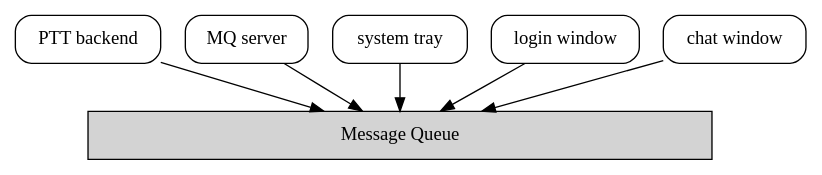
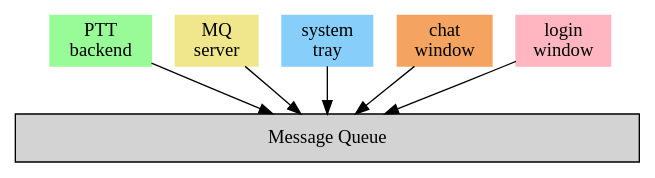
The third of 4 diagrams in docs/developer_guide/index.rst (uPtt-messenger/uPtt), drawn with Graphviz before and after one commit. The commit also changed other lines of this file, not shown here.

```diff
--- a/docs/developer_guide/index.rst
+++ b/docs/developer_guide/index.rst
@@ -116,16 +116,22 @@
 .. graphviz::
     :name: Message queue structure
     :caption: Message queue structure
     :align: center
 
     digraph Architecture {
         node [shape=box, style=rounded];
 
         "Message Queue" [shape=rect, style=filled, width=6.5];
 
-        "PTT backend" -> "Message Queue";
-        "MQ server" -> "Message Queue";
-        "system tray" -> "Message Queue";
-        "login window" -> "Message Queue";
-        "chat window" -> "Message Queue";
+        PTT_backend [label="PTT\nbackend", style=filled, color=palegreen];
+        MQ_server [label="MQ\nserver", style=filled, color=khaki];
+        system_tray [label="system\ntray", style=filled, color=lightskyblue];
+        chat_window [label="chat\nwindow", style=filled, color=sandybrown];
+        login_window [label="login\nwindow", style=filled, color=lightpink];
+
+        PTT_backend -> "Message Queue";
+        MQ_server -> "Message Queue";
+        system_tray -> "Message Queue";
+        login_window -> "Message Queue";
+        chat_window -> "Message Queue";
     }
```
